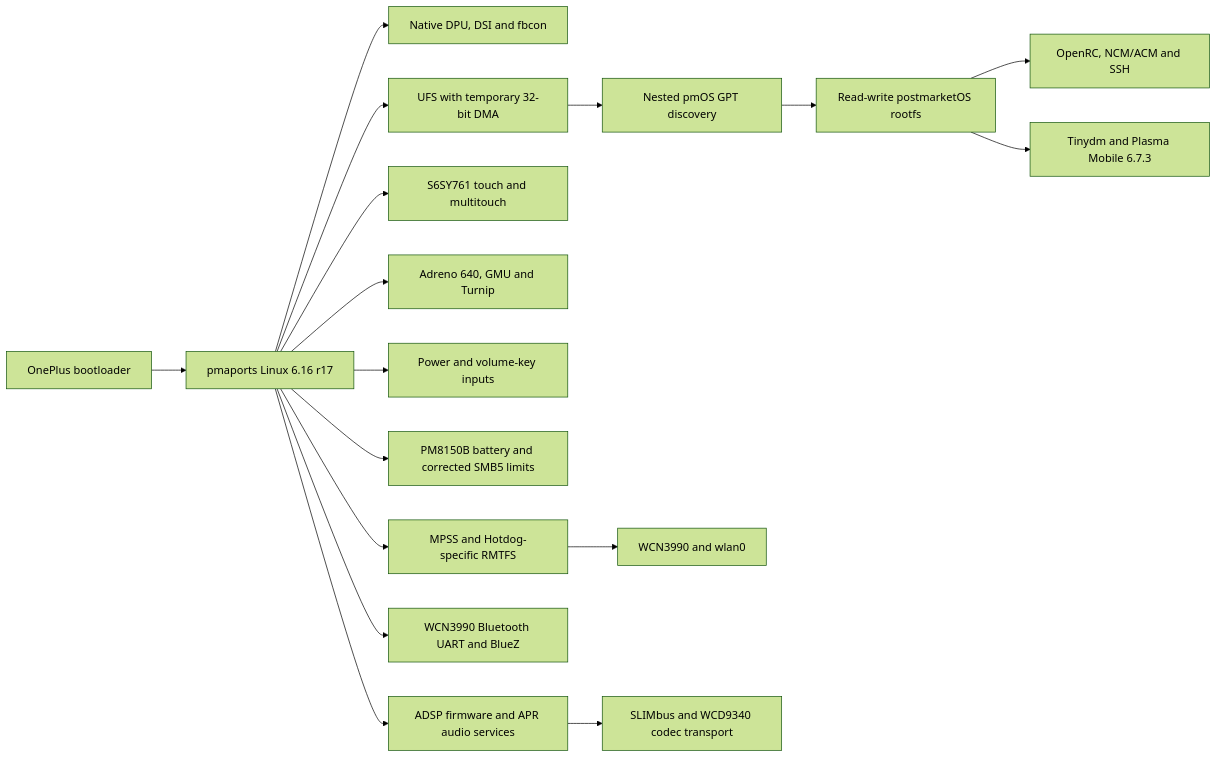
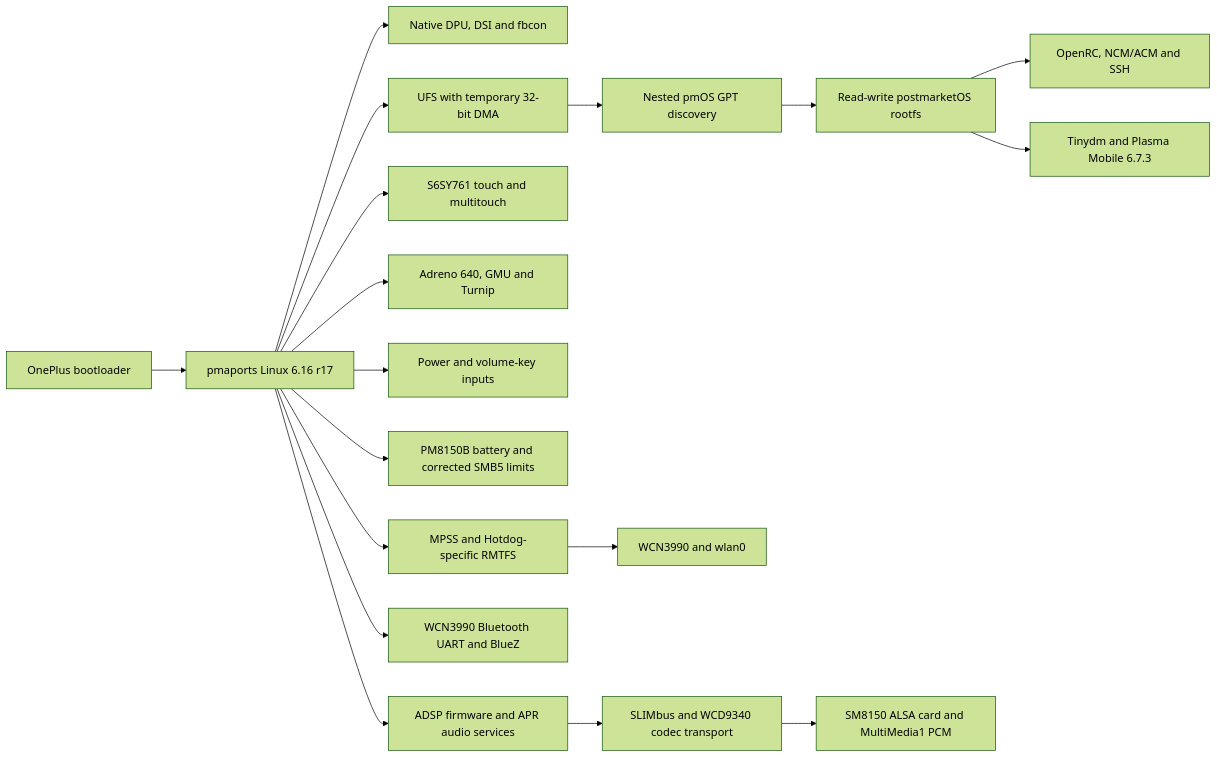
One commit to Sr-0w/hotdog-linux-bringup changed the diagram in README.md. Above: the diagram before and after it, drawn with Mermaid (forest theme). The commit also changed other lines of this file and 3 other files, not shown here.

Commit message:
docs: validate SM8150 ALSA card on hotdog

````diff
--- a/README.md
+++ b/README.md
@@ -277,19 +277,20 @@
 ```mermaid
 flowchart LR
     A["OnePlus bootloader"] --> B["pmaports Linux 6.16 r17"]
     B --> C["Native DPU, DSI and fbcon"]
     B --> D["UFS with temporary 32-bit DMA"]
     D --> E["Nested pmOS GPT discovery"]
     E --> F["Read-write postmarketOS rootfs"]
     F --> G["OpenRC, NCM/ACM and SSH"]
     F --> L["Tinydm and Plasma Mobile 6.7.3"]
     B --> H["S6SY761 touch and multitouch"]
     B --> I["Adreno 640, GMU and Turnip"]
     B --> J["Power and volume-key inputs"]
     B --> K["PM8150B battery and corrected SMB5 limits"]
     B --> M["MPSS and Hotdog-specific RMTFS"]
     M --> N["WCN3990 and wlan0"]
     B --> O["WCN3990 Bluetooth UART and BlueZ"]
     B --> P["ADSP firmware and APR audio services"]
     P --> Q["SLIMbus and WCD9340 codec transport"]
+    Q --> R["SM8150 ALSA card and MultiMedia1 PCM"]
 ```
````
